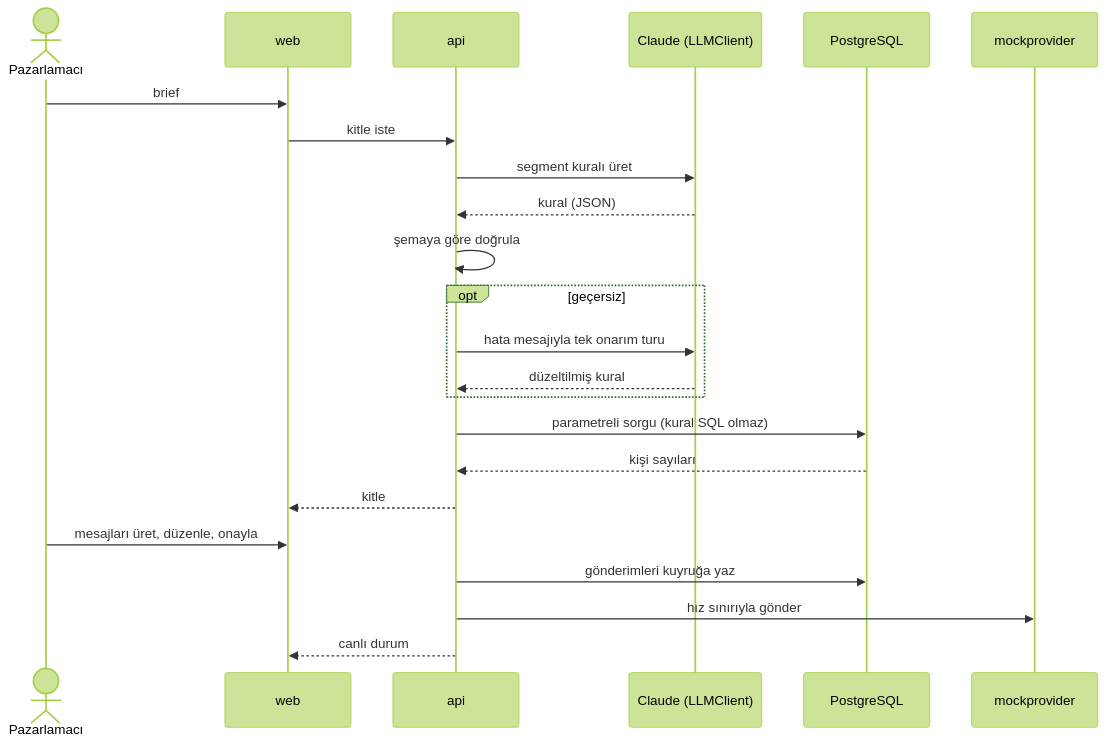
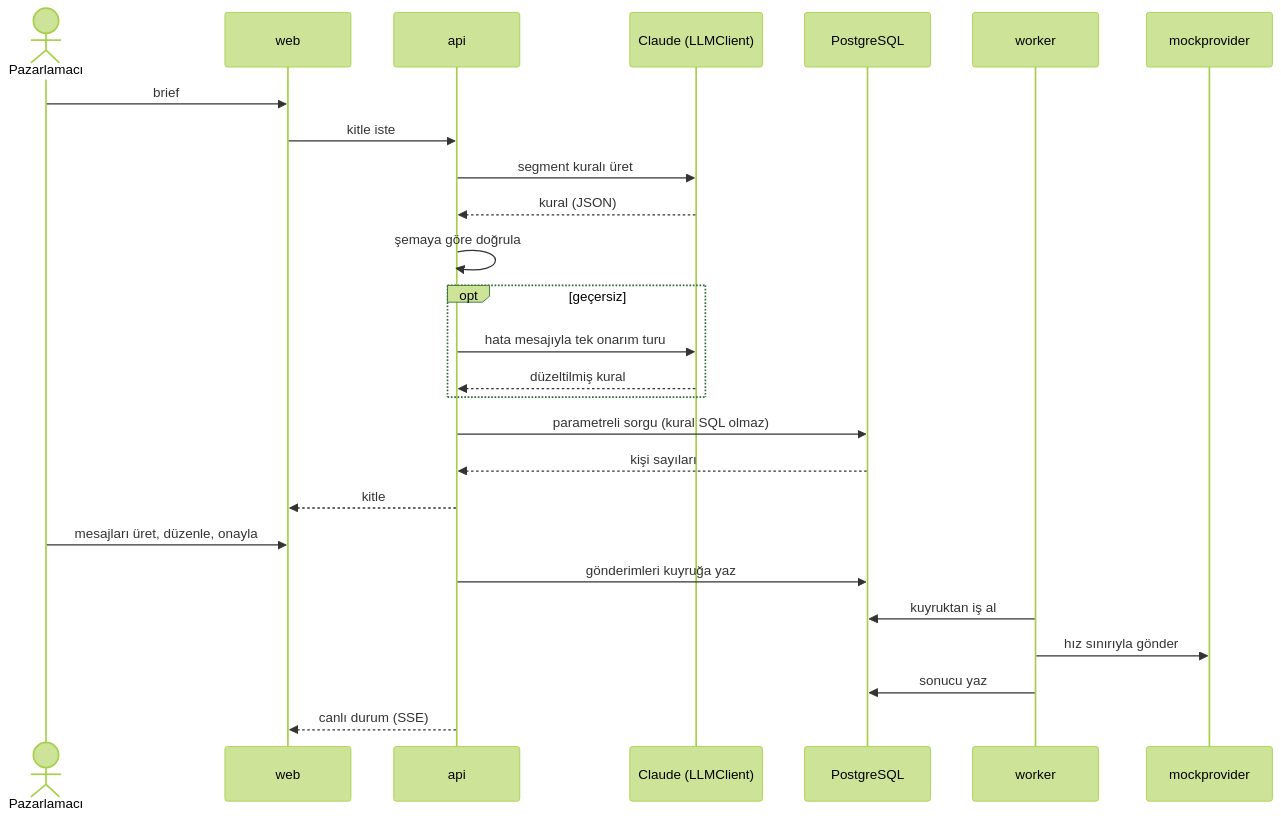
One commit to gulcint/smart-campaign-composer changed the first of 3 diagrams in README.md. Above: the diagram before and after it, drawn with Mermaid (forest theme). The commit also changed other lines of this file and 72 other files, not shown here.

````diff
--- a/README.md
+++ b/README.md
@@ -19,26 +19,29 @@
 ```mermaid
 sequenceDiagram
   actor M as Pazarlamacı
   participant W as web
   participant A as api
   participant L as Claude (LLMClient)
   participant D as PostgreSQL
+  participant K as worker
   participant P as mockprovider
 
   M->>W: brief
   W->>A: kitle iste
   A->>L: segment kuralı üret
   L-->>A: kural (JSON)
   A->>A: şemaya göre doğrula
   opt geçersiz
     A->>L: hata mesajıyla tek onarım turu
     L-->>A: düzeltilmiş kural
   end
   A->>D: parametreli sorgu (kural SQL olmaz)
   D-->>A: kişi sayıları
   A-->>W: kitle
   M->>W: mesajları üret, düzenle, onayla
   A->>D: gönderimleri kuyruğa yaz
-  A->>P: hız sınırıyla gönder
-  A-->>W: canlı durum
+  K->>D: kuyruktan iş al
+  K->>P: hız sınırıyla gönder
+  K->>D: sonucu yaz
+  A-->>W: canlı durum (SSE)
 ```
````
